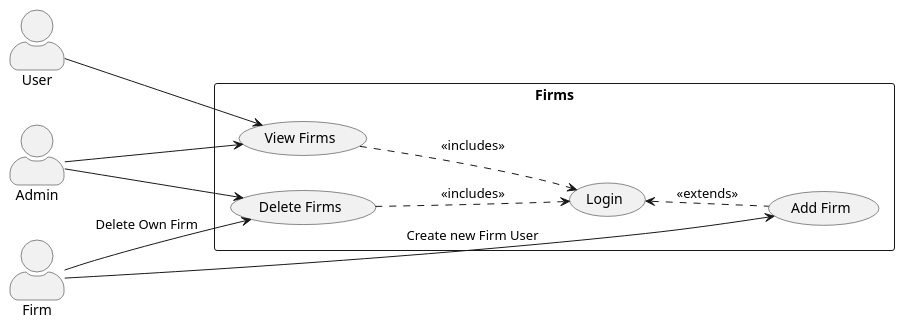
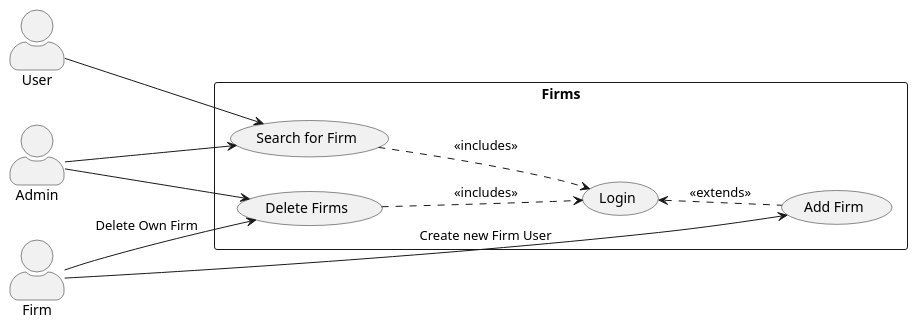
One commit to Karto1000/Autovermietung changed the diagram in diagrams/usecase/U-003.puml. Above: the diagram before and after it, drawn with PlantUML. The commit also changed 17 other files, not shown here.

Commit message:
Add more Activity diagrams

```diff
--- a/diagrams/usecase/U-003.puml
+++ b/diagrams/usecase/U-003.puml
@@ -1,35 +1,35 @@
 @startuml
 'https://plantuml.com/use-case-diagram
 left to right direction
 skinparam actorStyle awesome
 skinparam packageStyle rect
 
 actor "Admin" as admin
 actor "User" as user
 actor "Firm" as firm
 
 rectangle "Firms" {
-    usecase "View Firms" as view_firms
+    usecase "Search for Firm" as view_firms
     usecase "Add Firm" as add_firm
     usecase "Delete Firms" as delete_firm
 
     usecase "Login" as login
 
     login <.. add_firm : <<extends>>
 
     view_firms ..> login : <<includes>>
     delete_firm ..> login : <<includes>>
 }
 
 ' Admin
 admin --> view_firms
 admin --> delete_firm
 
 ' Firm
 firm --> add_firm : "Create new Firm User"
 firm --> delete_firm : "Delete Own Firm"
 
 ' User
 user --> view_firms
 
 @enduml
```
